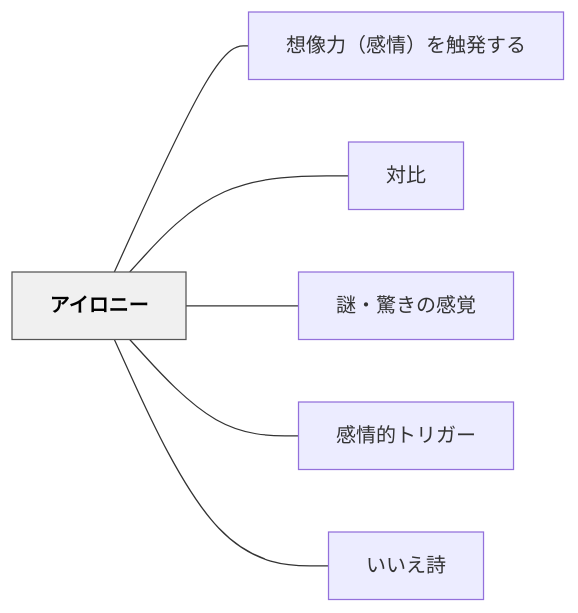
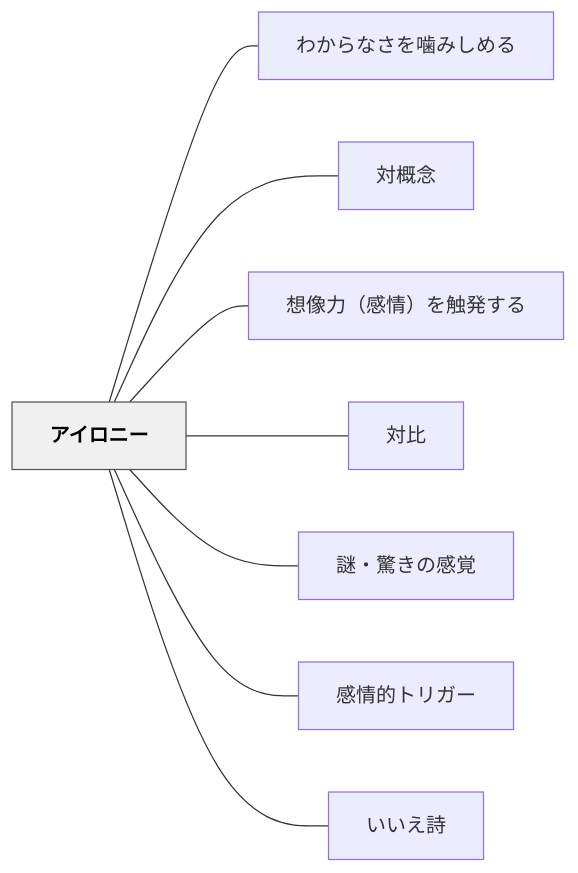
Before and after one commit to unknownthings-ed-patterns/unknownthings-ed-patterns: the diagram in content/パタン/アイロニー.md, drawn with Mermaid. The commit also changed other lines of this file and 473 other files, not shown here.

````diff
--- a/content/パタン/アイロニー.md
+++ b/content/パタン/アイロニー.md
@@ -48,18 +50,22 @@
 ```mermaid
 flowchart LR
     ne382a2e382a4["アイロニー"]
+    ne3828fe3818b["わからなさを噛みしめる"]
+    ne5afbee6a682["対概念"]
     ne683b3e5838f["想像力（感情）を触発する"]
     ne5afbee6af94["対比"]
     ne8ac8ee383bb["謎・驚きの感覚"]
     ne6849fe68385["感情的トリガー"]
     ne38184e38184["いいえ詩"]
 
+    ne382a2e382a4 --- ne3828fe3818b
+    ne382a2e382a4 --- ne5afbee6a682
     ne382a2e382a4 --- ne683b3e5838f
     ne382a2e382a4 --- ne5afbee6af94
     ne382a2e382a4 --- ne8ac8ee383bb
     ne382a2e382a4 --- ne6849fe68385
     ne382a2e382a4 --- ne38184e38184
 
     classDef hub fill:#f0f0f0,stroke:#555,color:#000,font-weight:bold
     class ne382a2e382a4 hub
 ```
````
